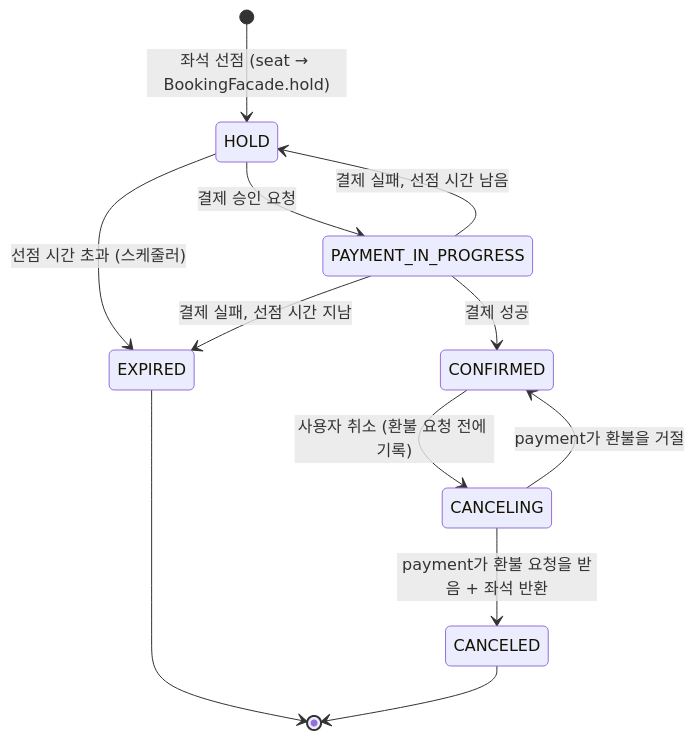
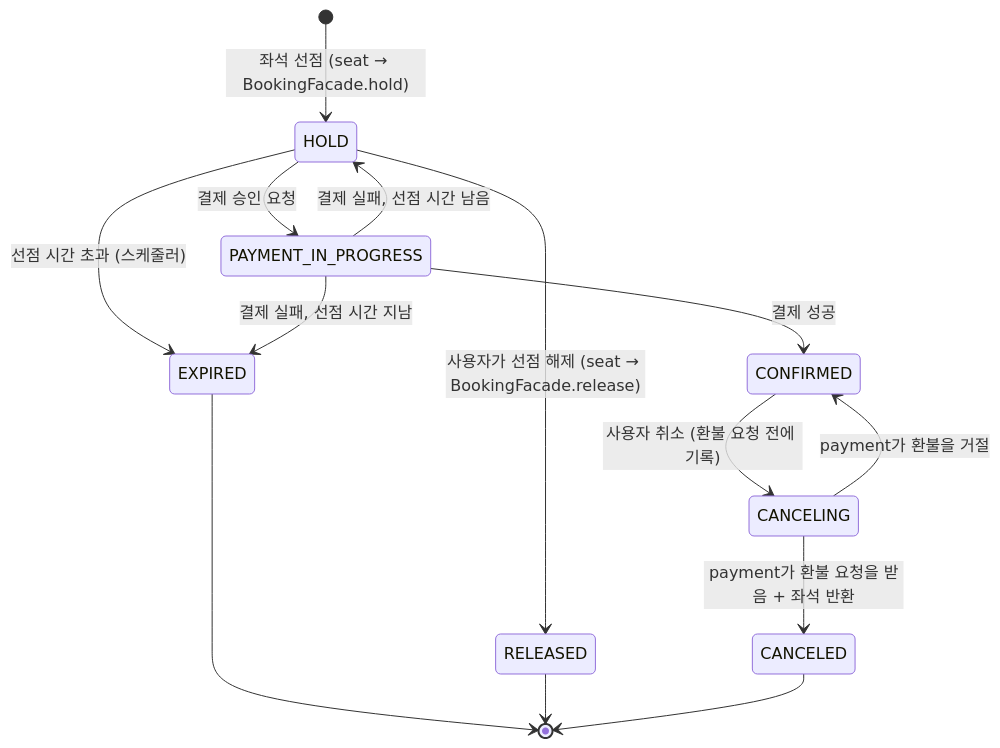
One commit to Good-Ticket-Service/ticket changed the diagram in docs/reservation/orchestration.md. Above: the diagram before and after it, drawn with Mermaid. The commit also changed other lines of this file and 11 other files, not shown here.

First line of the commit message:
feat(reservation): 사용자 선점 해제 상태 RELEASED와 BookingFacade.release 추가

````diff
--- a/docs/reservation/orchestration.md
+++ b/docs/reservation/orchestration.md
@@ -112,14 +114,16 @@
 ```mermaid
 stateDiagram-v2
     [*] --> HOLD: 좌석 선점 (seat → BookingFacade.hold)
     HOLD --> PAYMENT_IN_PROGRESS: 결제 승인 요청
     HOLD --> EXPIRED: 선점 시간 초과 (스케줄러)
+    HOLD --> RELEASED: 사용자가 선점 해제 (seat → BookingFacade.release)
     PAYMENT_IN_PROGRESS --> CONFIRMED: 결제 성공
     PAYMENT_IN_PROGRESS --> HOLD: 결제 실패, 선점 시간 남음
     PAYMENT_IN_PROGRESS --> EXPIRED: 결제 실패, 선점 시간 지남
     CONFIRMED --> CANCELING: 사용자 취소 (환불 요청 전에 기록)
     CANCELING --> CANCELED: payment가 환불 요청을 받음 + 좌석 반환
     CANCELING --> CONFIRMED: payment가 환불을 거절
     EXPIRED --> [*]
+    RELEASED --> [*]
     CANCELED --> [*]
 ```
````
